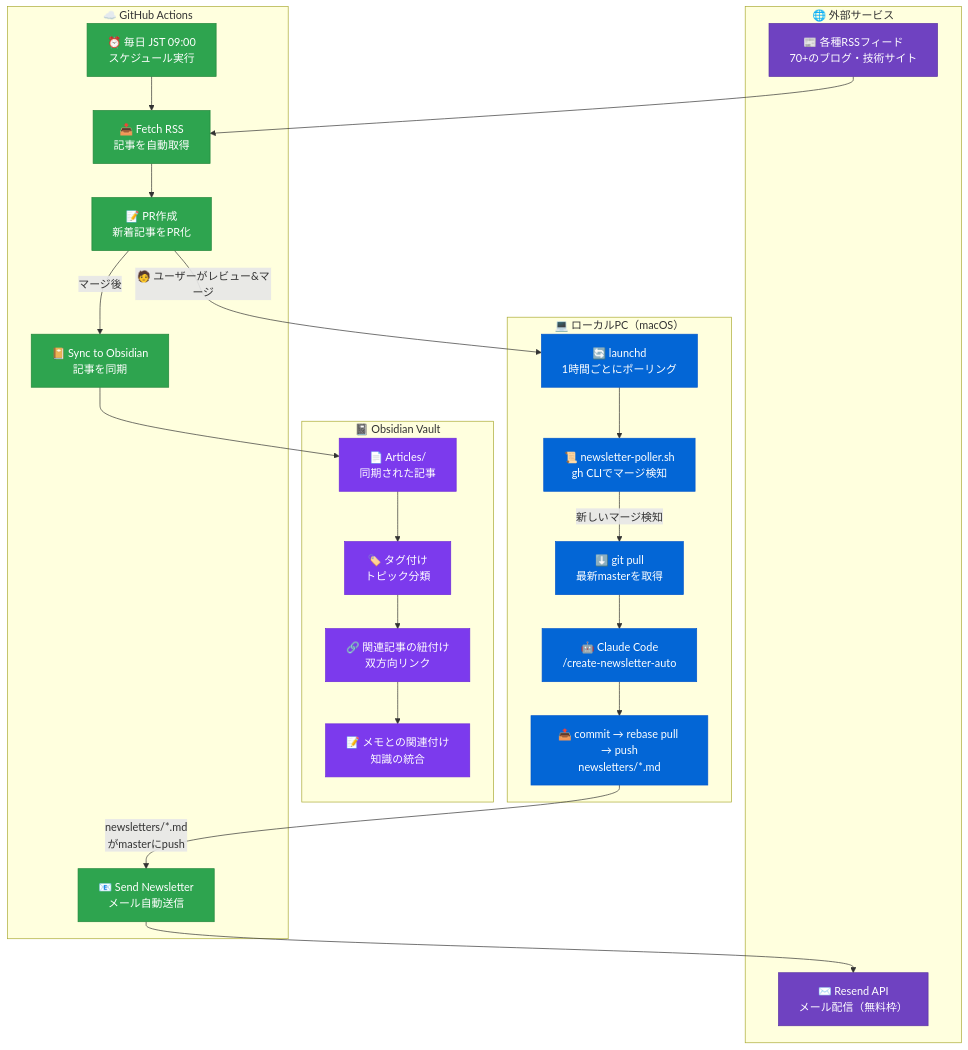
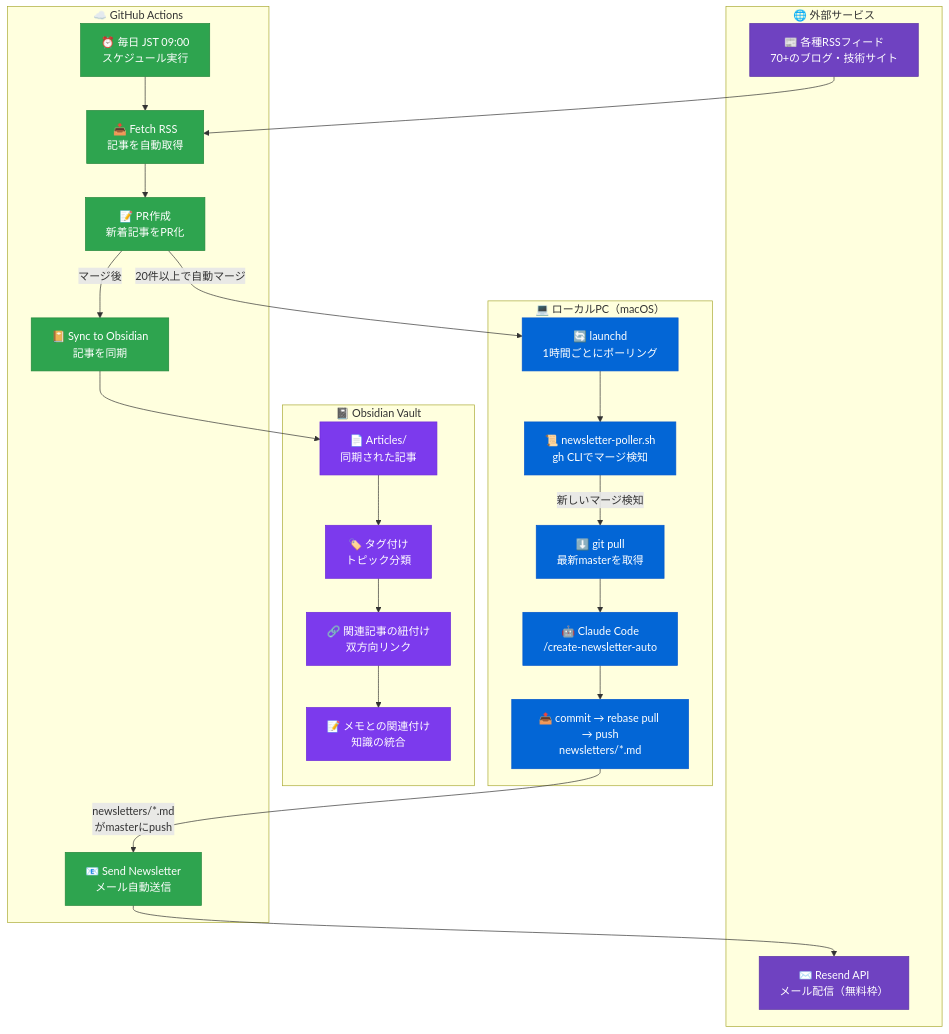
Before and after one commit to uto-usui/magazine: the diagram in docs/automation-flow.md, drawn with Mermaid. The commit also changed other lines of this file and 2 other files, not shown here.

````diff
--- a/docs/automation-flow.md
+++ b/docs/automation-flow.md
@@ -11,64 +11,64 @@
 ```mermaid
 flowchart TB
     subgraph GitHub_Actions["☁️ GitHub Actions"]
         CRON["⏰ 毎日 JST 09:00<br/>スケジュール実行"]
         FETCH["📥 Fetch RSS<br/>記事を自動取得"]
         CREATE_PR["📝 PR作成<br/>新着記事をPR化"]
         SEND_MAIL["📧 Send Newsletter<br/>メール自動送信"]
         SYNC_OBS["📔 Sync to Obsidian<br/>記事を同期"]
     end
 
     subgraph Local_PC["💻 ローカルPC（macOS）"]
         LAUNCHD["🔄 launchd<br/>1時間ごとにポーリング"]
         POLLER["📜 newsletter-poller.sh<br/>gh CLIでマージ検知"]
         PULL["⬇️ git pull<br/>最新masterを取得"]
         CLAUDE["🤖 Claude Code<br/>/create-newsletter-auto"]
         COMMIT["📤 commit → rebase pull → push<br/>newsletters/*.md"]
     end
 
     subgraph Obsidian_Vault["📓 Obsidian Vault"]
         ARTICLES_OBS["📄 Articles/<br/>同期された記事"]
         TAGGING["🏷️ タグ付け<br/>トピック分類"]
         LINKING["🔗 関連記事の紐付け<br/>双方向リンク"]
         NOTES["📝 メモとの関連付け<br/>知識の統合"]
     end
 
     subgraph External["🌐 外部サービス"]
         RSS["📰 各種RSSフィード<br/>70+のブログ・技術サイト"]
         RESEND["✉️ Resend API<br/>メール配信（無料枠）"]
     end
 
     %% メインフロー
     CRON --> FETCH
     RSS --> FETCH
     FETCH --> CREATE_PR
-    CREATE_PR -->|"🧑 ユーザーがレビュー&マージ"| LAUNCHD
+    CREATE_PR -->|"20件以上で自動マージ"| LAUNCHD
 
     %% ローカルフロー
     LAUNCHD --> POLLER
     POLLER -->|"新しいマージ検知"| PULL
     PULL --> CLAUDE
     CLAUDE --> COMMIT
 
     %% 送信トリガー
     COMMIT -->|"newsletters/*.md<br/>がmasterにpush"| SEND_MAIL
     SEND_MAIL --> RESEND
 
     %% Obsidian同期
     CREATE_PR -->|"マージ後"| SYNC_OBS
     SYNC_OBS --> ARTICLES_OBS
     ARTICLES_OBS --> TAGGING
     TAGGING --> LINKING
     LINKING --> NOTES
 
     %% スタイル
     classDef action fill:#2ea44f,stroke:#22863a,color:#fff
     classDef local fill:#0366d6,stroke:#0256cc,color:#fff
     classDef external fill:#6f42c1,stroke:#5a32a3,color:#fff
     classDef obsidian fill:#7c3aed,stroke:#6d28d9,color:#fff
 
     class CRON,FETCH,CREATE_PR,SEND_MAIL,SYNC_OBS action
     class LAUNCHD,POLLER,PULL,CLAUDE,COMMIT local
     class RSS,RESEND external
     class ARTICLES_OBS,TAGGING,LINKING,NOTES obsidian
 ```
````
